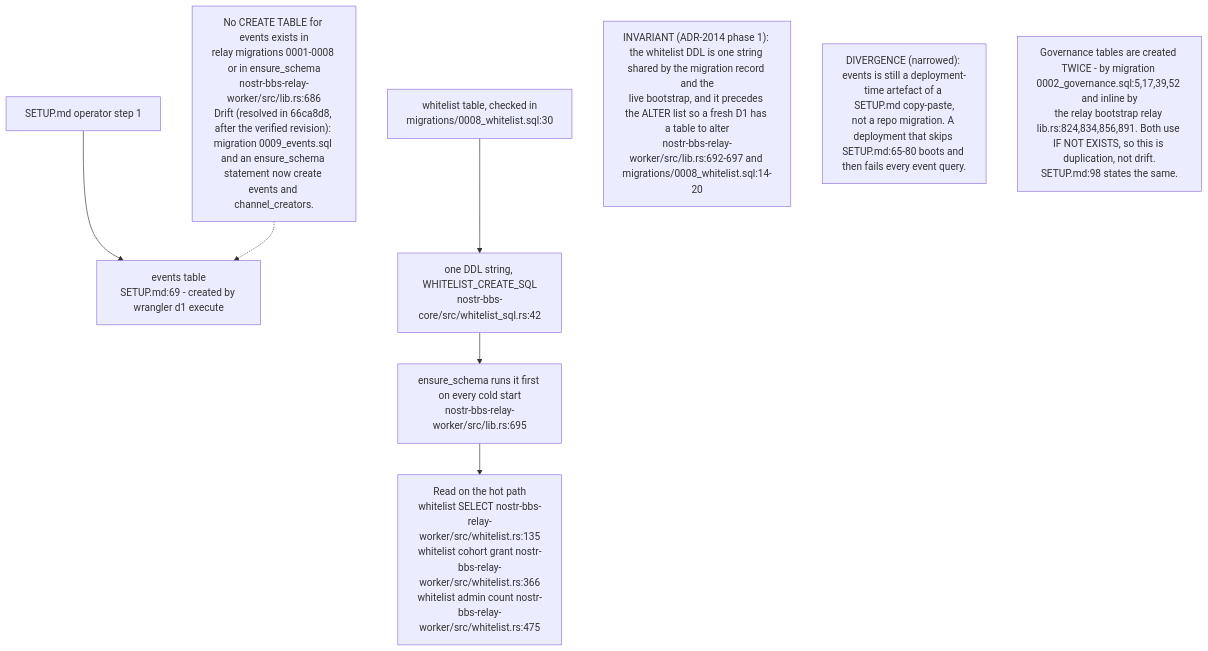
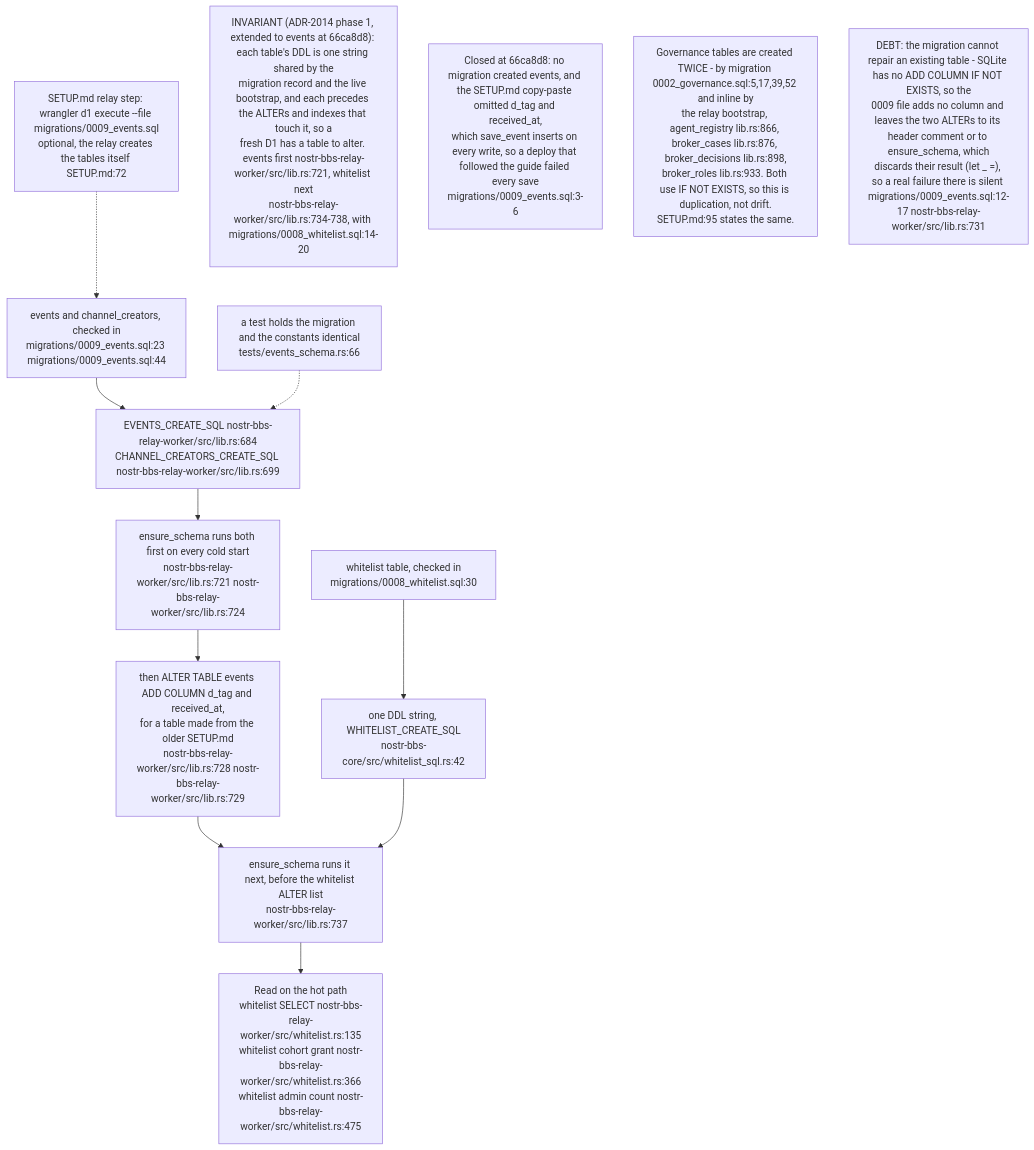
Before and after one commit to DreamLab-AI/VisionFlow: the sixth of 9 diagrams in docs/diagrams/nostr-rust-forum/08-config-zones-stores-and-admin-authority.md, drawn with Mermaid. The commit also changed other lines of this file and 26 other files, not shown here.

First line of the commit message:
docs(diagrams): re-verify solid-pod-rs, nostr-rust-forum and visionclaw 22/36 against HEAD

````diff
--- a/docs/diagrams/nostr-rust-forum/08-config-zones-stores-and-admin-authority.md
+++ b/docs/diagrams/nostr-rust-forum/08-config-zones-stores-and-admin-authority.md
@@ -190,20 +193,26 @@
 ```mermaid
 flowchart TB
-    SETUP["SETUP.md operator step 1"]
-    EVENTS["events table<br/>SETUP.md:69 - created by wrangler d1 execute"]
+    SETUP["SETUP.md relay step: wrangler d1 execute --file migrations/0009_events.sql<br/>optional, the relay creates the tables itself SETUP.md:72"]
+    MIGE["events and channel_creators, checked in<br/>migrations/0009_events.sql:23 migrations/0009_events.sql:44"]
+    CONSTE["EVENTS_CREATE_SQL nostr-bbs-relay-worker/src/lib.rs:684<br/>CHANNEL_CREATORS_CREATE_SQL nostr-bbs-relay-worker/src/lib.rs:699"]
+    TEST["a test holds the migration and the constants identical<br/>tests/events_schema.rs:66"]
+    ENSE["ensure_schema runs both first on every cold start<br/>nostr-bbs-relay-worker/src/lib.rs:721 nostr-bbs-relay-worker/src/lib.rs:724"]
+    ALT["then ALTER TABLE events ADD COLUMN d_tag and received_at,<br/>for a table made from the older SETUP.md<br/>nostr-bbs-relay-worker/src/lib.rs:728 nostr-bbs-relay-worker/src/lib.rs:729"]
     MIG["whitelist table, checked in<br/>migrations/0008_whitelist.sql:30"]
     CORE["one DDL string, WHITELIST_CREATE_SQL<br/>nostr-bbs-core/src/whitelist_sql.rs:42"]
-    ENS["ensure_schema runs it first on every cold start<br/>nostr-bbs-relay-worker/src/lib.rs:695"]
+    ENS["ensure_schema runs it next, before the whitelist ALTER list<br/>nostr-bbs-relay-worker/src/lib.rs:737"]
     READERS["Read on the hot path<br/>whitelist SELECT nostr-bbs-relay-worker/src/whitelist.rs:135<br/>whitelist cohort grant nostr-bbs-relay-worker/src/whitelist.rs:366<br/>whitelist admin count nostr-bbs-relay-worker/src/whitelist.rs:475"]
-    NOCREATE["No CREATE TABLE for events exists in<br/>relay migrations 0001-0008 or in ensure_schema<br/>nostr-bbs-relay-worker/src/lib.rs:686<br/>Drift (resolved in 66ca8d8, after the verified revision): migration 0009_events.sql and an ensure_schema statement now create events and channel_creators."]
 
-    SETUP --> EVENTS
+    SETUP -.-> MIGE
+    MIGE --> CONSTE
+    TEST -.-> CONSTE
+    CONSTE --> ENSE --> ALT --> ENS
     MIG --> CORE
     CORE --> ENS
     ENS --> READERS
-    NOCREATE -.-> EVENTS
 
-    N1["INVARIANT (ADR-2014 phase 1): the whitelist DDL is one string shared by the migration record and the<br/>live bootstrap, and it precedes the ALTER list so a fresh D1 has a table to alter<br/>nostr-bbs-relay-worker/src/lib.rs:692-697 and migrations/0008_whitelist.sql:14-20"]
-    N2["DIVERGENCE (narrowed): events is still a deployment-time artefact of a SETUP.md copy-paste,<br/>not a repo migration. A deployment that skips SETUP.md:65-80 boots and then fails every event query."]
-    N3["Governance tables are created TWICE - by migration 0002_governance.sql:5,17,39,52 and inline by<br/>the relay bootstrap relay lib.rs:824,834,856,891. Both use IF NOT EXISTS, so this is duplication, not drift.<br/>SETUP.md:98 states the same."]
+    N1["INVARIANT (ADR-2014 phase 1, extended to events at 66ca8d8): each table's DDL is one string shared by the<br/>migration record and the live bootstrap, and each precedes the ALTERs and indexes that touch it, so a<br/>fresh D1 has a table to alter. events first nostr-bbs-relay-worker/src/lib.rs:721, whitelist next<br/>nostr-bbs-relay-worker/src/lib.rs:734-738, with migrations/0008_whitelist.sql:14-20"]
+    N2["Closed at 66ca8d8: no migration created events, and the SETUP.md copy-paste omitted d_tag and received_at,<br/>which save_event inserts on every write, so a deploy that followed the guide failed every save<br/>migrations/0009_events.sql:3-6"]
+    N3["Governance tables are created TWICE - by migration 0002_governance.sql:5,17,39,52 and inline by<br/>the relay bootstrap, agent_registry lib.rs:866, broker_cases lib.rs:876, broker_decisions lib.rs:898,<br/>broker_roles lib.rs:933. Both use IF NOT EXISTS, so this is duplication, not drift.<br/>SETUP.md:95 states the same."]
+    N4["DEBT: the migration cannot repair an existing table - SQLite has no ADD COLUMN IF NOT EXISTS, so the<br/>0009 file adds no column and leaves the two ALTERs to its header comment or to ensure_schema, which<br/>discards their result (let _ =), so a real failure there is silent migrations/0009_events.sql:12-17 nostr-bbs-relay-worker/src/lib.rs:731"]
 ```
````
